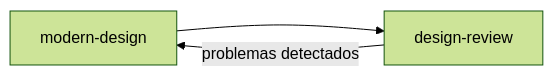
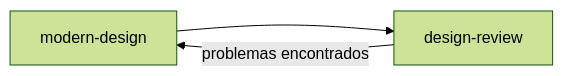
Before and after one commit to santiagodie/modern-design-pack: the diagram in README.es.md, drawn with Mermaid (forest theme). The commit also changed other lines of this file and 1 other file, not shown here.

````diff
--- a/README.es.md
+++ b/README.es.md
@@ -81,5 +119,5 @@
 ```mermaid
 flowchart LR
     A[modern-design] --> B[design-review]
-    B -- problemas detectados --> A
+    B -- problemas encontrados --> A
 ```
````
